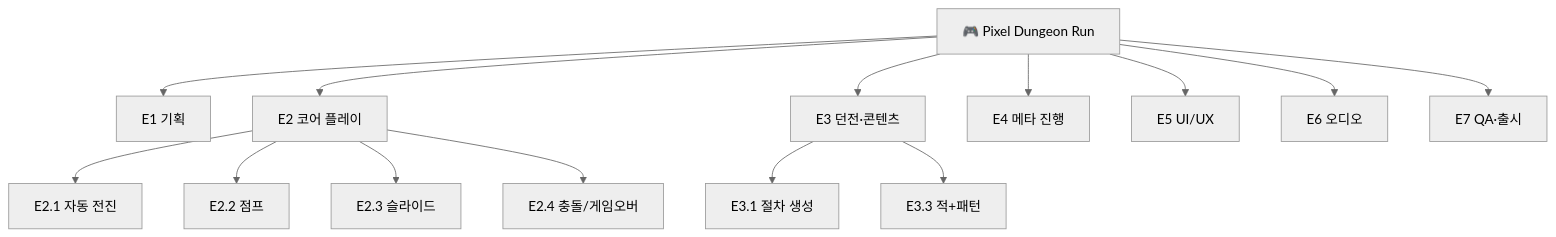
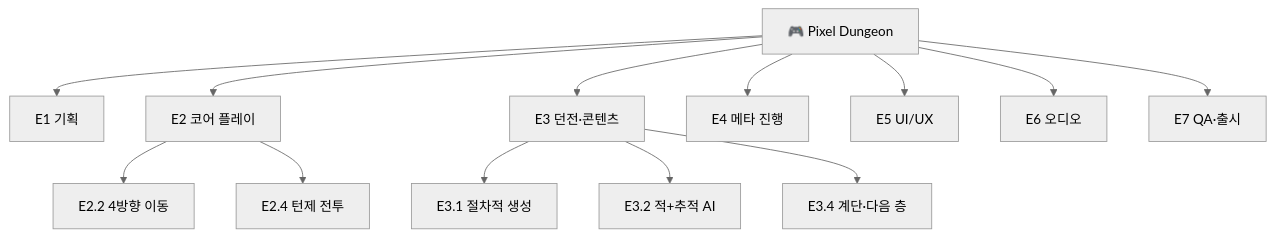
The first of 2 diagrams in 00_Overview/03_Game_Project_Scenario.md (bbnotest/Smart4_PM), drawn with Mermaid (neutral theme) before and after one commit. The commit also changed other lines of this file and 36 other files, not shown here.

````diff
--- a/00_Overview/03_Game_Project_Scenario.md
+++ b/00_Overview/03_Game_Project_Scenario.md
@@ -101,17 +99,16 @@
 ```mermaid
 graph TD
-    G["🎮 Pixel Dungeon Run"]
+    G["🎮 Pixel Dungeon"]
     G --> E1["E1 기획"]
     G --> E2["E2 코어 플레이"]
     G --> E3["E3 던전·콘텐츠"]
     G --> E4["E4 메타 진행"]
     G --> E5["E5 UI/UX"]
     G --> E6["E6 오디오"]
     G --> E7["E7 QA·출시"]
-    E2 --> E21["E2.1 자동 전진"]
-    E2 --> E22["E2.2 점프"]
-    E2 --> E23["E2.3 슬라이드"]
-    E2 --> E24["E2.4 충돌/게임오버"]
-    E3 --> E31["E3.1 절차 생성"]
-    E3 --> E33["E3.3 적+패턴"]
+    E2 --> E22["E2.2 4방향 이동"]
+    E2 --> E24["E2.4 턴제 전투"]
+    E3 --> E31["E3.1 절차적 생성"]
+    E3 --> E32["E3.2 적+추적 AI"]
+    E3 --> E34["E3.4 계단·다음 층"]
 ```
````
